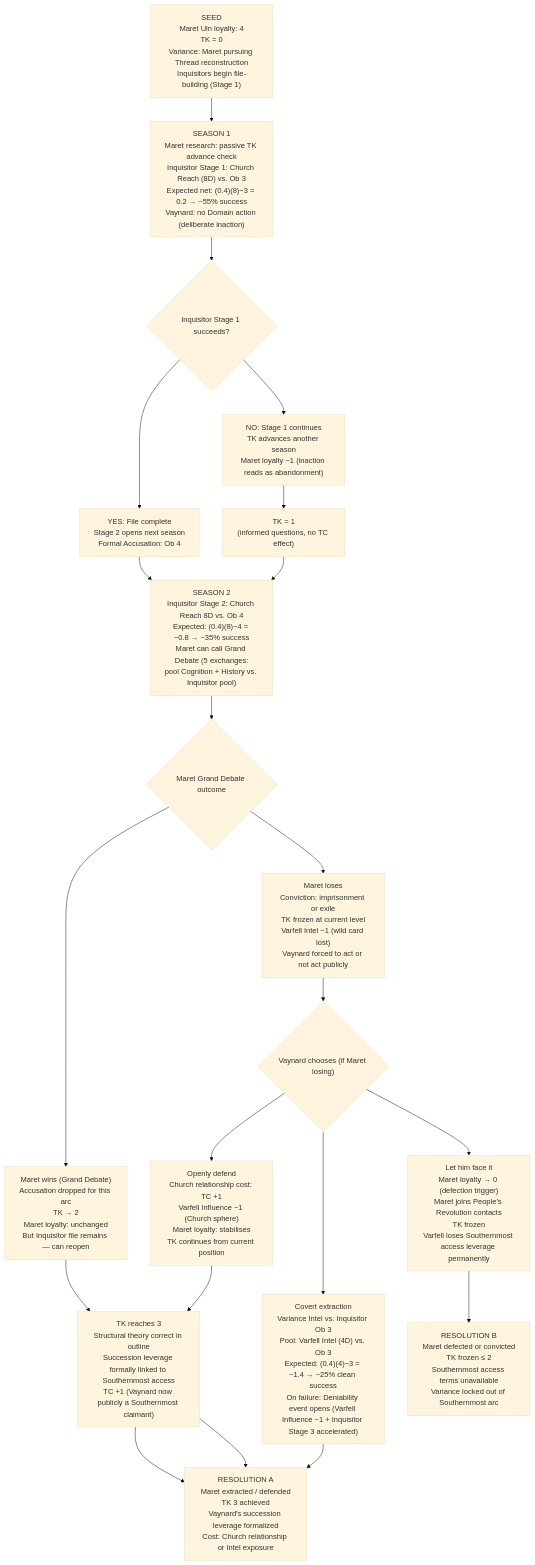
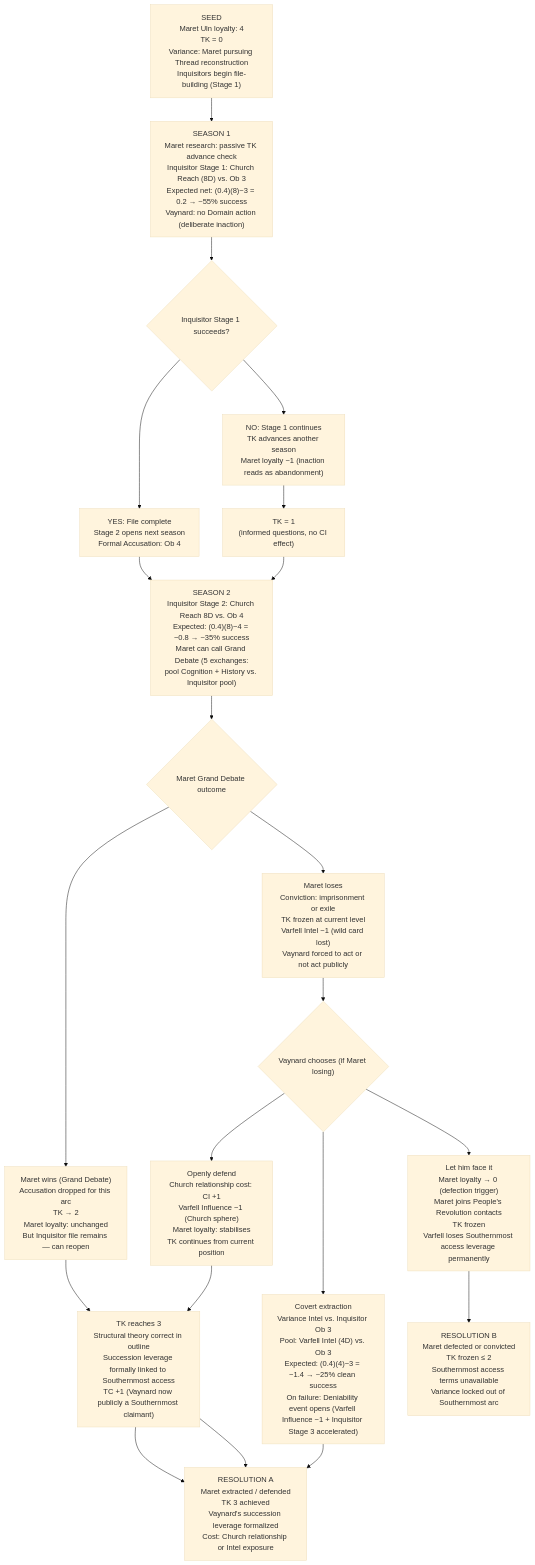
Before and after one commit to jordanelias/ttrpg: the fourth of 4 diagrams in designs/arcs/gm_ref/arcs_01_04.md, drawn with Mermaid (base theme). The commit also changed other lines of this file and 59 other files, not shown here.

````diff
--- a/designs/arcs/gm_ref/arcs_01_04.md
+++ b/designs/arcs/gm_ref/arcs_01_04.md
@@ -241,30 +241,30 @@
 ```mermaid
 flowchart TD
     A["SEED\nMaret Uln loyalty: 4\nTK = 0\nVariance: Maret pursuing Thread reconstruction\nInquisitors begin file-building (Stage 1)"]
     B["SEASON 1\nMaret research: passive TK advance check\nInquisitor Stage 1: Church Reach (8D) vs. Ob 3\nExpected net: (0.4)(8)−3 = 0.2 → ~55% success\nVaynard: no Domain action (deliberate inaction)"]
     C{"Inquisitor Stage 1 succeeds?"}
     D["YES: File complete\nStage 2 opens next season\nFormal Accusation: Ob 4"]
     E["NO: Stage 1 continues\nTK advances another season\nMaret loyalty −1 (inaction reads as abandonment)"]
-    F["TK = 1\n(informed questions, no TC effect)"]
+    F["TK = 1\n(informed questions, no CI effect)"]
     G["SEASON 2\nInquisitor Stage 2: Church Reach 8D vs. Ob 4\nExpected: (0.4)(8)−4 = −0.8 → ~35% success\nMaret can call Grand Debate (5 exchanges:\npool Cognition + History vs. Inquisitor pool)"]
     H{"Maret Grand Debate outcome"}
     I["Maret wins (Grand Debate)\nAccusation dropped for this arc\nTK → 2\nMaret loyalty: unchanged\nBut Inquisitor file remains — can reopen"]
     J["Maret loses\nConviction: imprisonment or exile\nTK frozen at current level\nVarfell Intel −1 (wild card lost)\nVaynard forced to act or not act publicly"]
     K{"Vaynard chooses (if Maret losing)"}
-    L["Openly defend\nChurch relationship cost: TC +1\nVarfell Influence −1 (Church sphere)\nMaret loyalty: stabilises\nTK continues from current position"]
+    L["Openly defend\nChurch relationship cost: CI +1\nVarfell Influence −1 (Church sphere)\nMaret loyalty: stabilises\nTK continues from current position"]
     M["Covert extraction\nVariance Intel vs. Inquisitor Ob 3\nPool: Varfell Intel (4D) vs. Ob 3\nExpected: (0.4)(4)−3 = −1.4 → ~25% clean success\nOn failure: Deniability event opens (Varfell Influence −1 + Inquisitor Stage 3 accelerated)"]
     N["Let him face it\nMaret loyalty → 0 (defection trigger)\nMaret joins People's Revolution contacts\nTK frozen\nVarfell loses Southernmost access leverage permanently"]
     O["TK reaches 3\nStructural theory correct in outline\nSuccession leverage formally linked to Southernmost access\nTC +1 (Vaynard now publicly a Southernmost claimant)"]
     P["RESOLUTION A\nMaret extracted / defended\nTK 3 achieved\nVaynard's succession leverage formalized\nCost: Church relationship or Intel exposure"]
     Q["RESOLUTION B\nMaret defected or convicted\nTK frozen ≤ 2\nSouthernmost access terms unavailable\nVariance locked out of Southernmost arc"]
 
     A --> B --> C
     C --> D --> G
     C --> E --> F --> G
     G --> H
     H --> I --> O --> P
     H --> J --> K
     K --> L --> O --> P
     K --> M --> P
     K --> N --> Q
 ```
````
